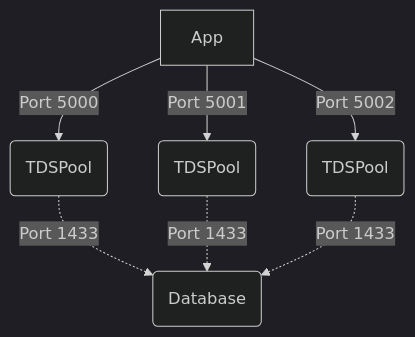
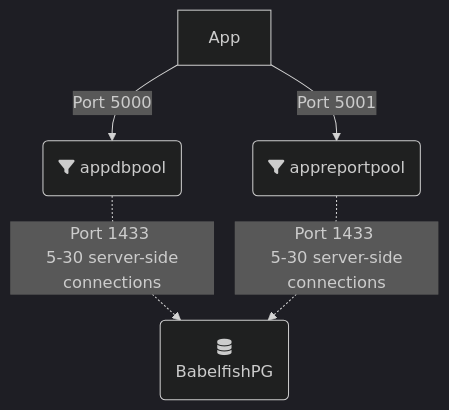
Before and after one commit to 3manuek/3manuek: the diagram in content/posts/2024-08/tdsbabelfish.md, drawn with Mermaid (dark theme). The commit also changed other lines of this file and 1 other file, not shown here.

Commit message:
new post, tdspool

```diff
--- a/content/posts/2024-08/tdsbabelfish.md
+++ b/content/posts/2024-08/tdsbabelfish.md
@@ -84,9 +124,7 @@
 {{< mermaid >}}
 flowchart TD
-    A[App] -->|Port 5000| B(TDSPool)
-    A -->|Port 5001| F(TDSPool)
-    A -->|Port 5002| G(TDSPool)
-    B -.->|Port 1433| D(Database)
-    F -.->|Port 1433| D
-    G -.->|Port 1433| D
+    A[App] -->|Port 5000| B(fa:fa-filter appdbpool)
+    A -->|Port 5001| F(fa:fa-filter appreportpool)
+    B -.->|Port 1433 \n 5-30 server-side connections| D(fa:fa-database \n BabelfishPG)
+    F -.->|Port 1433 \n 5-30 server-side connections| D
 {{< /mermaid >}}
```
